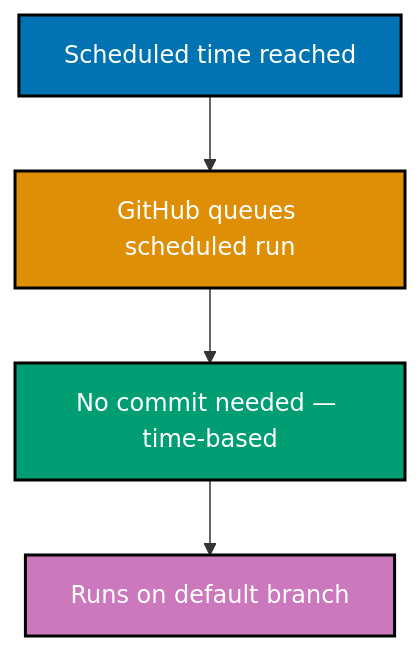
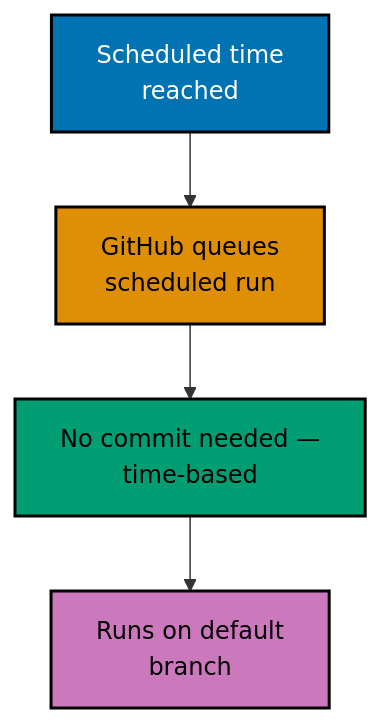
The third of 8 diagrams in apps/ayokoding-www/content/en/learn/legacy/software-engineering/automation-tools/github-actions/by-example/beginner.md (wahidyankf/ose-public), drawn with Mermaid before and after one commit. The commit also changed other lines of this file and 131 other files, not shown here.

First line of the commit message:
fix(mermaid): bring the legacy data, infrastructure, and testing diagrams onto the accessible palette

````diff
--- a/apps/ayokoding-www/content/en/learn/legacy/software-engineering/automation-tools/github-actions/by-example/beginner.md
+++ b/apps/ayokoding-www/content/en/learn/legacy/software-engineering/automation-tools/github-actions/by-example/beginner.md
@@ -384,11 +390,14 @@
 ```mermaid
 graph TD
-    A["Scheduled time reached"]:::blue --> B["GitHub queues scheduled run"]:::orange
-    B --> C["No commit needed — time-based"]:::teal
-    C --> D["Runs on default branch"]:::purple
+    accTitle: Example 9: The schedule Trigger
+    accDescr: Graph with 4 nodes and 3 connections. Nodes: Scheduled time reached, GitHub queues scheduled run, No commit needed — time-based, Runs on default branch. Connections: Scheduled time reached to GitHub queues scheduled run, GitHub queues scheduled run to No commit needed — time-based, No commit needed — time-based to Runs on default branch.
+    A["Scheduled time<br/>reached"]:::blue --> B["GitHub queues<br/>scheduled run"]:::orange
+    B --> C["No commit needed —<br/>time-based"]:::teal
+    C --> D["Runs on default<br/>branch"]:::purple
 
-    classDef blue fill:#0173B2,stroke:#000,color:#fff,stroke-width:2px
-    classDef orange fill:#DE8F05,stroke:#000,color:#fff,stroke-width:2px
-    classDef teal fill:#029E73,stroke:#000,color:#fff,stroke-width:2px
-    classDef purple fill:#CC78BC,stroke:#000,color:#fff,stroke-width:2px
+    classDef blue fill:#0173B2,stroke:#000000,color:#FFFFFF,stroke-width:2px
+    classDef orange fill:#DE8F05,stroke:#000000,color:#000000,stroke-width:2px
+    classDef teal fill:#029E73,stroke:#000000,color:#000000,stroke-width:2px
+    classDef purple fill:#CC78BC,stroke:#000000,color:#000000,stroke-width:2px
+    classDef default fill:#FFFFFF,stroke:#000000,color:#000000
 ```
````
